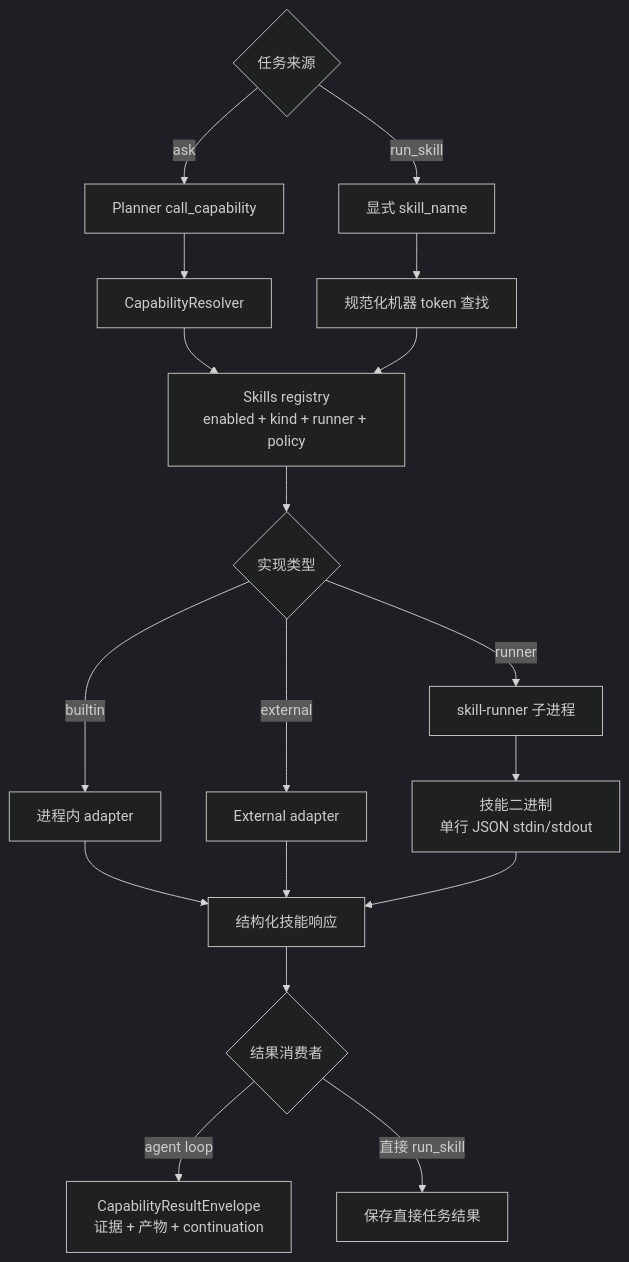
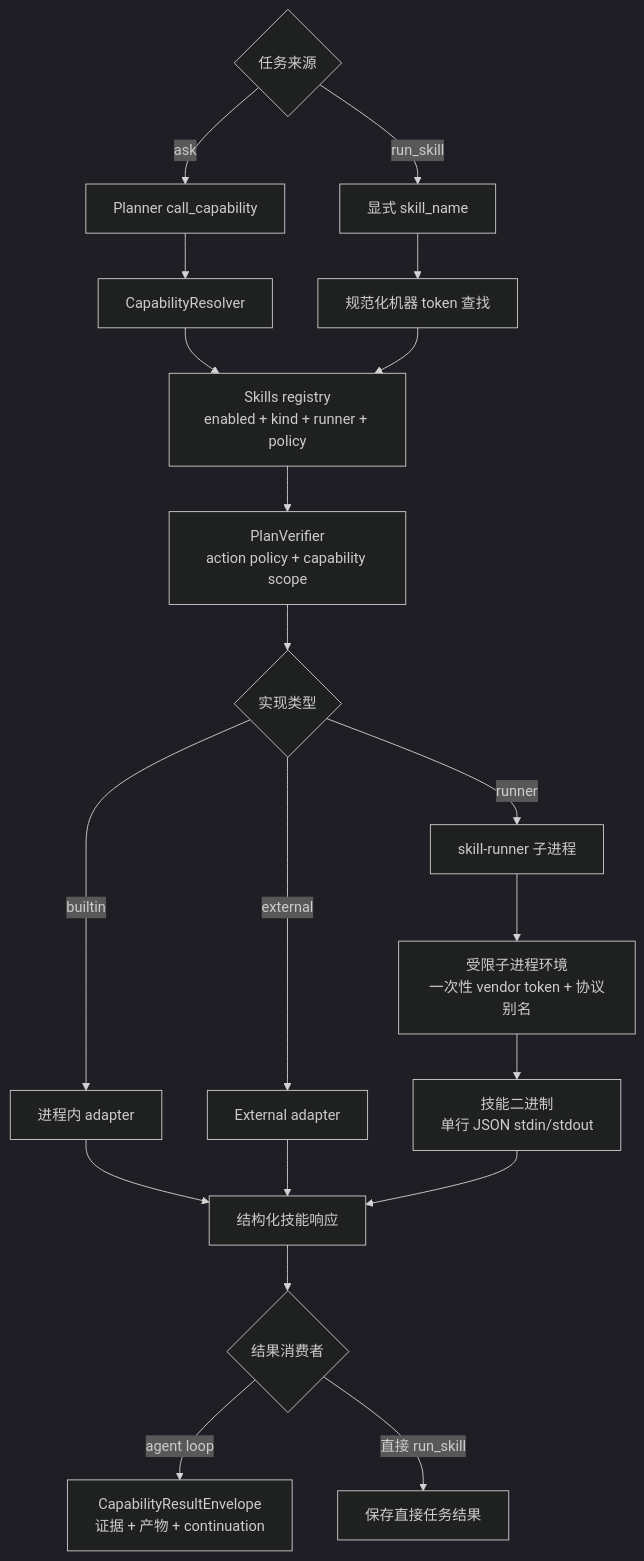
One commit to MatrixCoreX/RustClaw changed the first of 3 diagrams in docs/architecture/05-skills-media-models.zh-CN.md. Above: the diagram before and after it, drawn with Mermaid (dark theme). The commit also changed other lines of this file and 67 other files, not shown here.

````diff
--- a/docs/architecture/05-skills-media-models.zh-CN.md
+++ b/docs/architecture/05-skills-media-models.zh-CN.md
@@ -12,20 +12,22 @@
 ```mermaid
 flowchart TD
     A{任务来源} -->|ask| B[Planner call_capability]
     A -->|run_skill| C[显式 skill_name]
     B --> D[CapabilityResolver]
     C --> E[规范化机器 token 查找]
     D --> F
     E --> F[Skills registry<br/>enabled + kind + runner + policy]
-    F --> G{实现类型}
+    F --> P[PlanVerifier<br/>action policy + capability scope]
+    P --> G{实现类型}
     G -->|builtin| H[进程内 adapter]
     G -->|runner| I[skill-runner 子进程]
     G -->|external| J[External adapter]
-    I --> K[技能二进制<br/>单行 JSON stdin/stdout]
+    I --> Q[受限子进程环境<br/>一次性 vendor token + 协议别名]
+    Q --> K[技能二进制<br/>单行 JSON stdin/stdout]
     H --> L[结构化技能响应]
     J --> L
     K --> L
     L --> M{结果消费者}
     M -->|agent loop| N[CapabilityResultEnvelope<br/>证据 + 产物 + continuation]
     M -->|直接 run_skill| O[保存直接任务结果]
 ```
````
